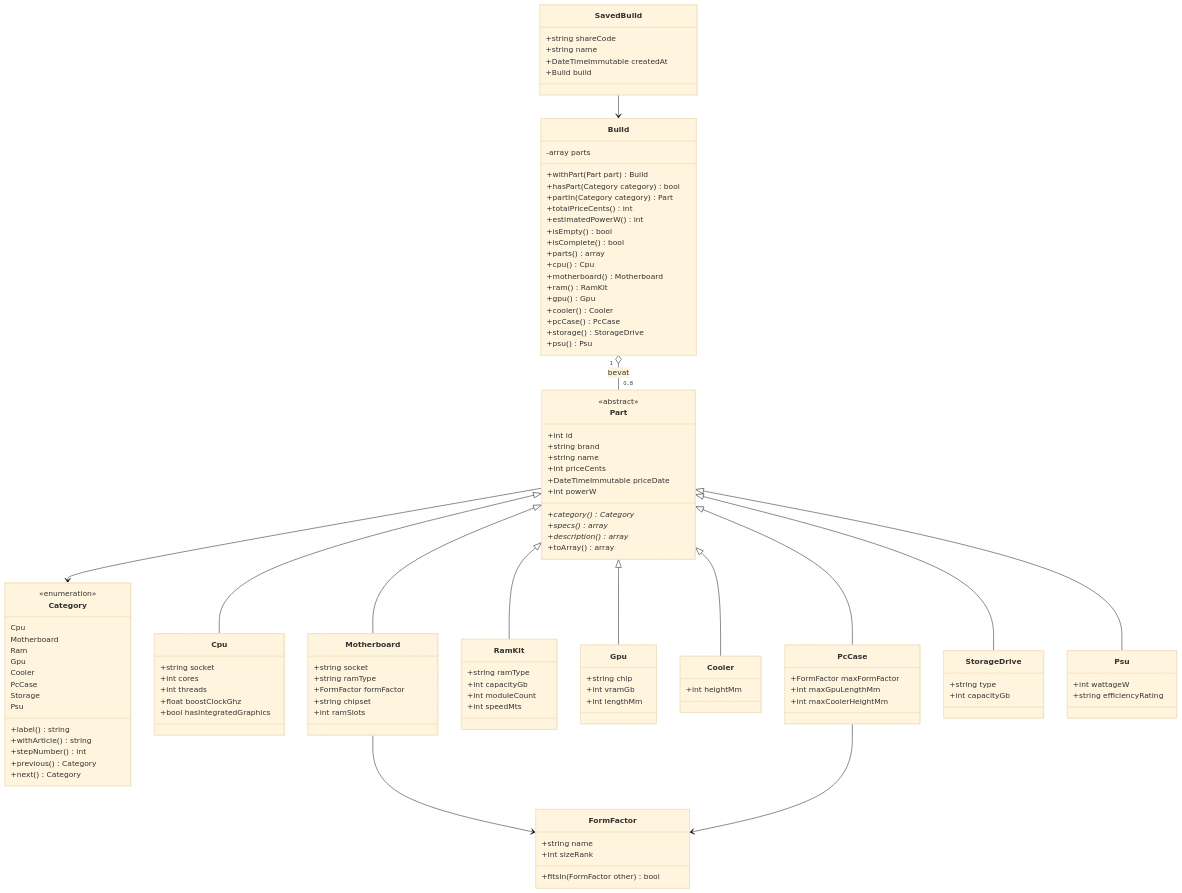
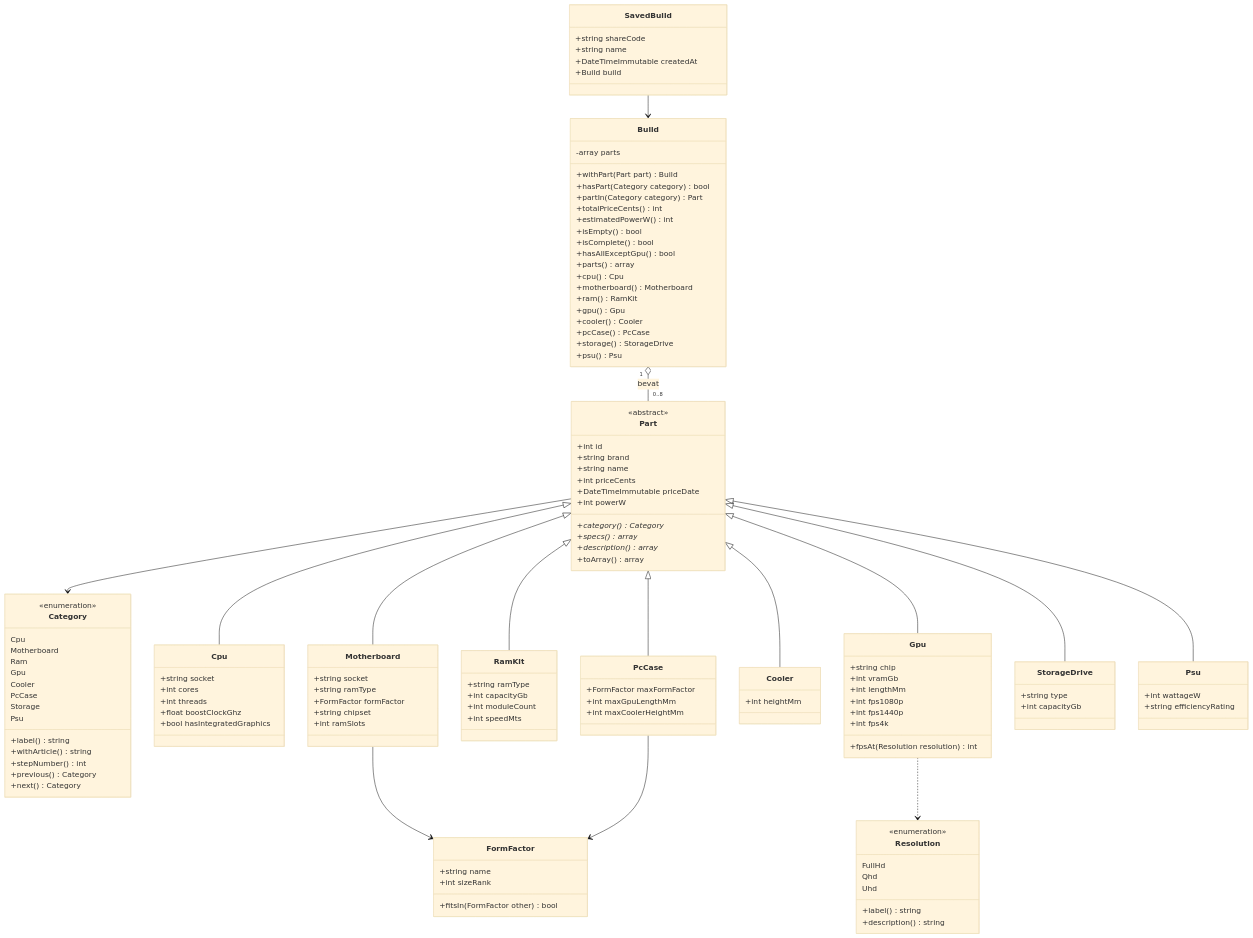
The fourth of 9 diagrams in docs/ontwerp.md (Niels023/pc-bouwplanner), drawn with Mermaid (base theme) before and after one commit. The commit also changed other lines of this file and 5 other files, not shown here.

```diff
--- a/docs/ontwerp.md
+++ b/docs/ontwerp.md
@@ -260,6 +264,18 @@
         +string chip
         +int vramGb
         +int lengthMm
+        +int fps1080p
+        +int fps1440p
+        +int fps4k
+        +fpsAt(Resolution resolution) int
+    }
+    class Resolution {
+        <<enumeration>>
+        FullHd
+        Qhd
+        Uhd
+        +label() string
+        +description() string
     }
     class Cooler {
         +int heightMm
@@ -291,6 +307,7 @@
         +estimatedPowerW() int
         +isEmpty() bool
         +isComplete() bool
+        +hasAllExceptGpu() bool
         +parts() array
         +cpu() Cpu
         +motherboard() Motherboard
@@ -317,6 +334,7 @@
     Part <|-- StorageDrive
     Part <|-- Psu
     Part --> Category
+    Gpu ..> Resolution
     Motherboard --> FormFactor
     PcCase --> FormFactor
     Build "1" o-- "0..8" Part : bevat
```
